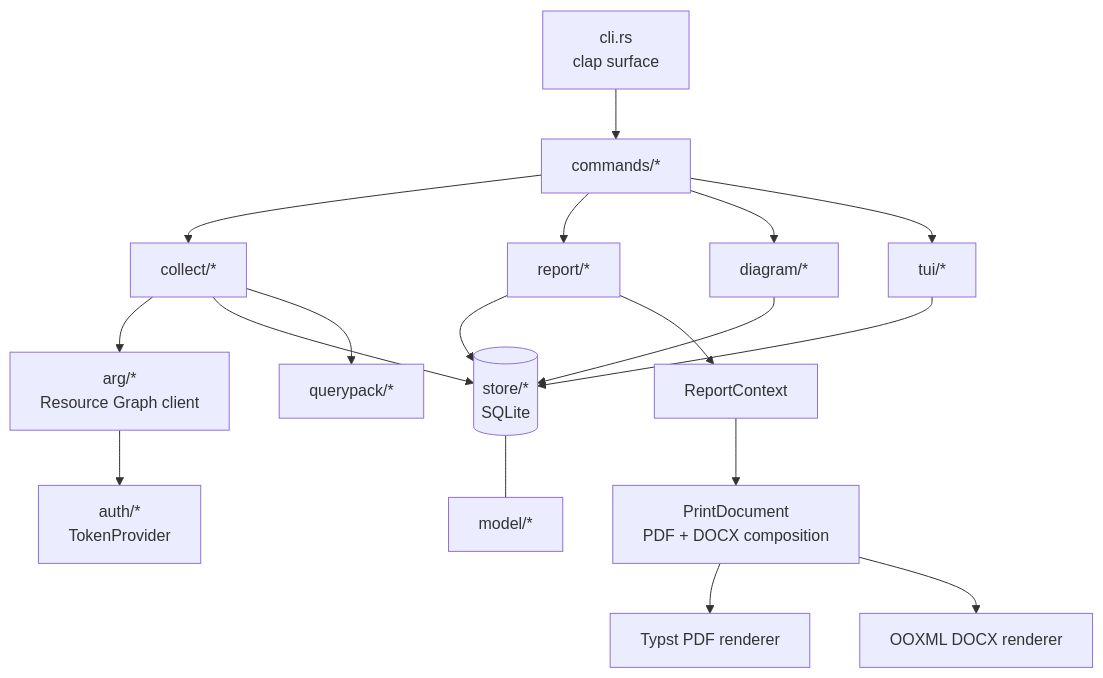
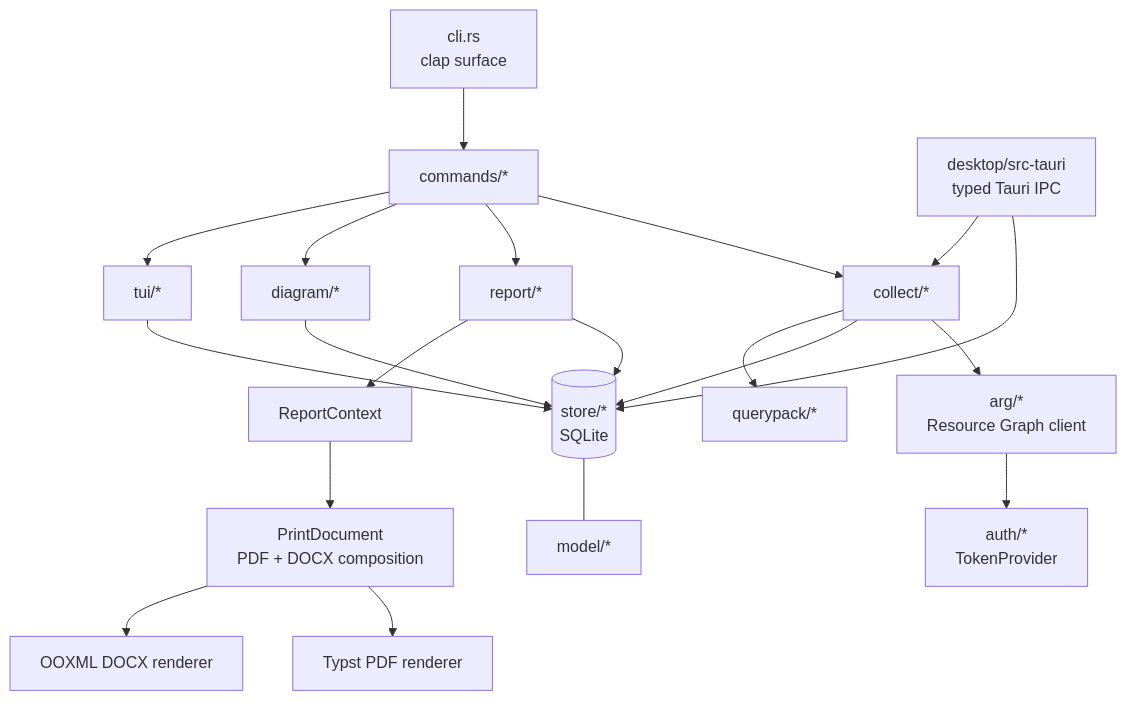
One commit to russmckendrick/azdocs changed the first of 2 diagrams in docs/development/architecture.md. Above: the diagram before and after it, drawn with Mermaid. The commit also changed other lines of this file and 93 other files, not shown here.

Commit message:
✨ feat(desktop): add Tauri Azure estate explorer

````diff
--- a/docs/development/architecture.md
+++ b/docs/development/architecture.md
@@ -10,20 +10,22 @@
 ```mermaid
 flowchart TD
     cli[cli.rs<br/>clap surface] --> commands[commands/*]
     commands --> collect[collect/*]
     commands --> report[report/*]
     commands --> diagram[diagram/*]
     commands --> tui[tui/*]
+    desktop[desktop/src-tauri<br/>typed Tauri IPC] --> store
+    desktop --> collect
     collect --> arg[arg/*<br/>Resource Graph client]
     arg --> auth[auth/*<br/>TokenProvider]
     collect --> store[(store/*<br/>SQLite)]
     report --> store
     diagram --> store
     tui --> store
     collect --> qp[querypack/*]
     store --- model[model/*]
     report --> context[ReportContext]
     context --> print[PrintDocument<br/>PDF + DOCX composition]
     print --> pdf[Typst PDF renderer]
     print --> docx[OOXML DOCX renderer]
 ```
````
